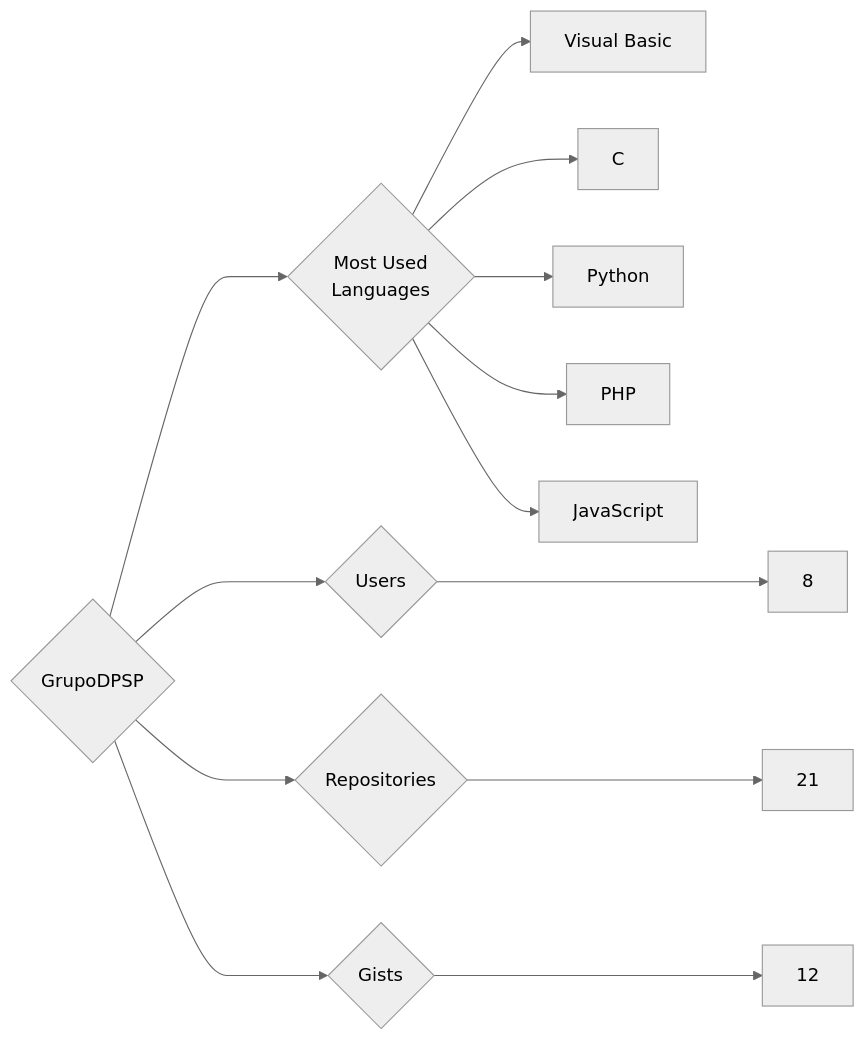
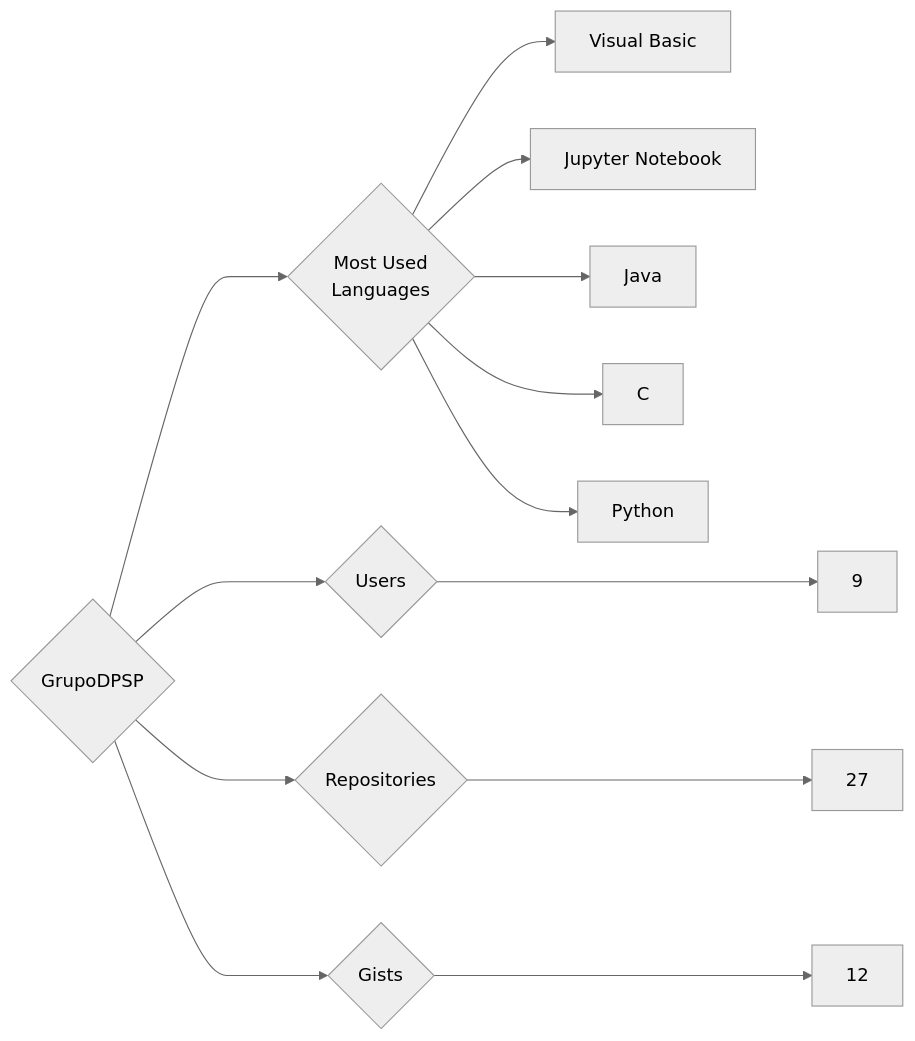
Before and after one commit to trickest/insiders: the diagram in targets/GrupoDPSP/README.md, drawn with Mermaid (neutral theme). The commit also changed 1167 other files, not shown here.

````diff
--- a/targets/GrupoDPSP/README.md
+++ b/targets/GrupoDPSP/README.md
@@ -3,13 +3,13 @@
 ```mermaid
 graph LR
 COMPANY_NAME{GrupoDPSP}
-COMPANY_NAME ---> U{Users} ---> UN[8]
-COMPANY_NAME ---> R{Repositories} ---> RN[21]
+COMPANY_NAME ---> U{Users} ---> UN[9]
+COMPANY_NAME ---> R{Repositories} ---> RN[27]
 COMPANY_NAME ---> G{Gists} ---> GN[12]
 COMPANY_NAME ---> ML{Most Used<br>Languages}
 ML --> Visual_Basic[Visual Basic]
+ML --> Jupyter_Notebook[Jupyter Notebook]
+ML --> Java[Java]
 ML --> C[C]
 ML --> Python[Python]
-ML --> PHP[PHP]
-ML --> JavaScript[JavaScript]
 ```
````
